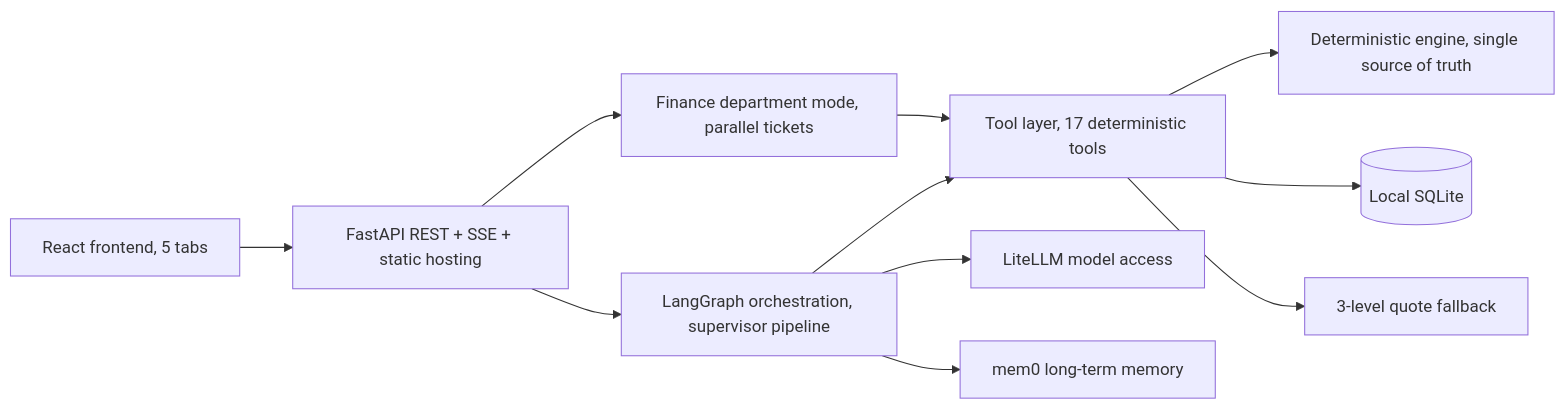
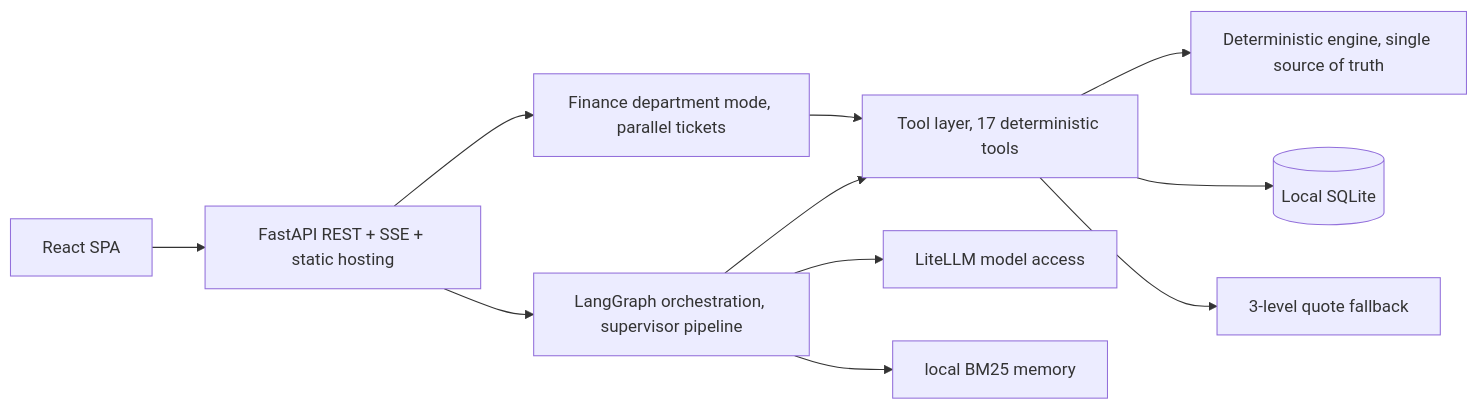
One commit to Morningstar202604/moneyhelper changed the diagram in README.md. Above: the diagram before and after it, drawn with Mermaid. The commit also changed other lines of this file and 79 other files, not shown here.

````diff
--- a/README.md
+++ b/README.md
@@ -100,13 +100,13 @@
 ```mermaid
 flowchart LR
-    FE[React frontend, 5 tabs] --> API[FastAPI REST + SSE + static hosting]
+    FE[React SPA] --> API[FastAPI REST + SSE + static hosting]
     API --> G[LangGraph orchestration, supervisor pipeline]
     API --> D[Finance department mode, parallel tickets]
     G --> T[Tool layer, 17 deterministic tools]
     D --> T
     T --> K[Deterministic engine, single source of truth]
     T --> DB[(Local SQLite)]
     T --> Q[3-level quote fallback]
     G --> L[LiteLLM model access]
-    G --> M[mem0 long-term memory]
+    G --> M[local BM25 memory]
 ```
````
